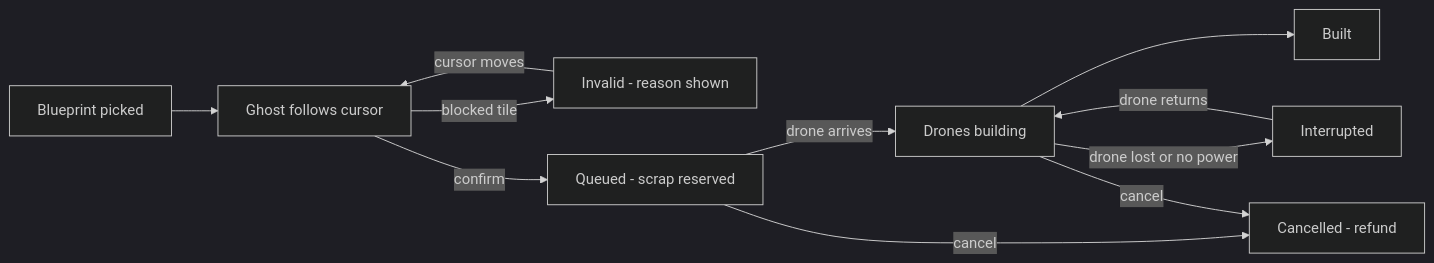
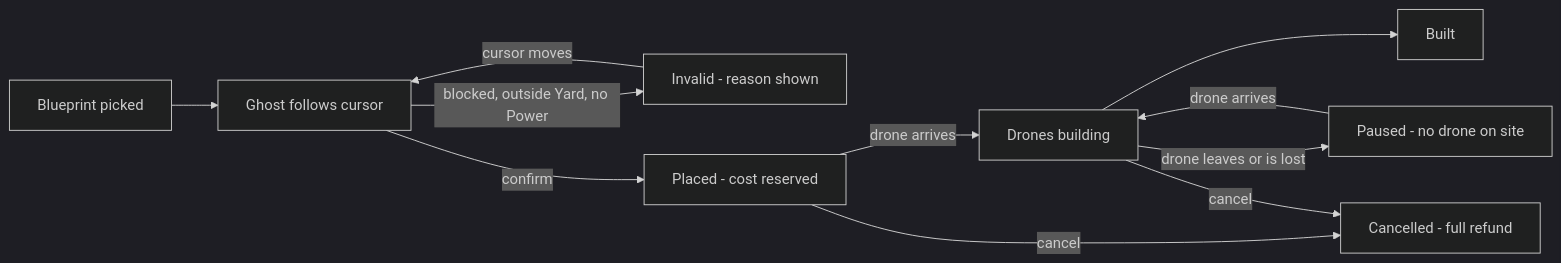
One commit to Doppelkeks/prophet changed the second of 2 diagrams in docs/game/04-ux-flows.md. Above: the diagram before and after it, drawn with Mermaid (dark theme). The commit also changed other lines of this file and 5 other files, not shown here.

````diff
--- a/docs/game/04-ux-flows.md
+++ b/docs/game/04-ux-flows.md
@@ -229,21 +225,21 @@
 ```mermaid
 flowchart LR
   PICK["Blueprint picked"]
   GHOST["Ghost follows cursor"]
   INV["Invalid - reason shown"]
-  QUEUED["Queued - scrap reserved"]
+  QUEUED["Placed - cost reserved"]
   BUILD["Drones building"]
-  HALT["Interrupted"]
+  HALT["Paused - no drone on site"]
   DONE["Built"]
-  REFUND["Cancelled - refund"]
+  REFUND["Cancelled - full refund"]
   PICK --> GHOST
-  GHOST -- "blocked tile" --> INV
+  GHOST -- "blocked, outside Yard, no Power" --> INV
   INV -- "cursor moves" --> GHOST
   GHOST -- "confirm" --> QUEUED
   QUEUED -- "drone arrives" --> BUILD
-  BUILD -- "drone lost or no power" --> HALT
-  HALT -- "drone returns" --> BUILD
+  BUILD -- "drone leaves or is lost" --> HALT
+  HALT -- "drone arrives" --> BUILD
   BUILD --> DONE
   QUEUED -- "cancel" --> REFUND
   BUILD -- "cancel" --> REFUND
 ```
````
